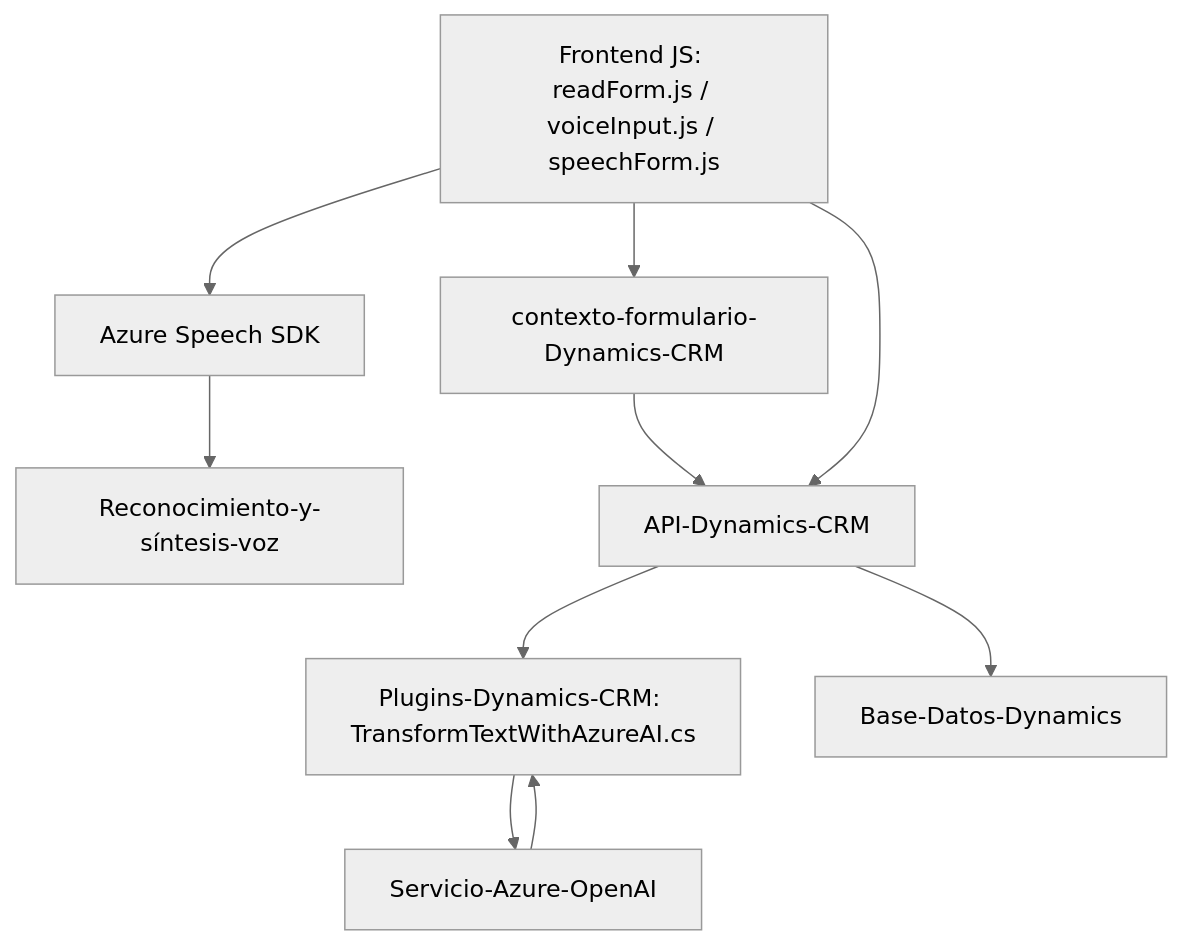
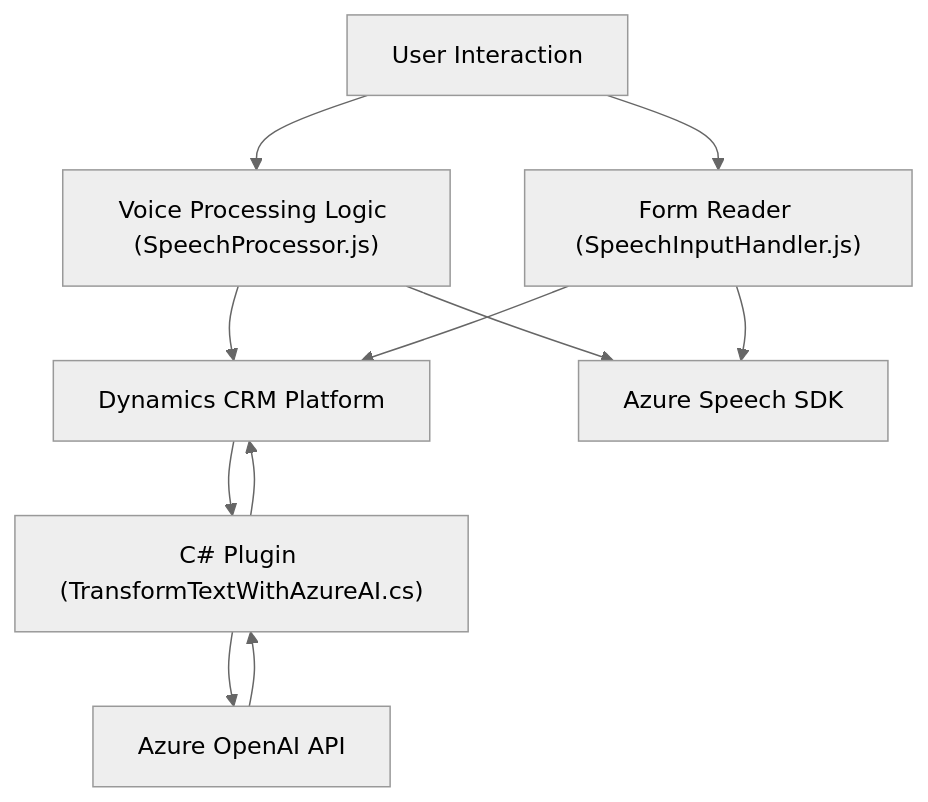
One commit to blopezdm/NETCORE_BILBAO2025 changed the diagram in README.md. Above: the diagram before and after it, drawn with Mermaid (neutral theme). The commit also changed other lines of this file, not shown here.

````diff
--- a/README.md
+++ b/README.md
@@ -54,12 +35,21 @@
 ```mermaid
 graph TD
-  A["Frontend JS: readForm.js / voiceInput.js / speechForm.js"] --> B["Azure Speech SDK"]
-  A --> C["contexto-formulario-Dynamics-CRM"]
-  B --> D["Reconocimiento-y-síntesis-voz"]
-  C --> E["API-Dynamics-CRM"]
-  A --> E
-  E --> F["Plugins-Dynamics-CRM: TransformTextWithAzureAI.cs"]
-  F --> G["Servicio-Azure-OpenAI"]
-  G --> F
-  E --> H["Base-Datos-Dynamics"]
+    VoiceInput["Voice Processing Logic (SpeechProcessor.js)"]
+    FormReader["Form Reader (SpeechInputHandler.js)"]
+    DynamicsCRM["Dynamics CRM Platform"]
+    AzureSpeech["Azure Speech SDK"]
+    AzureOpenAI["Azure OpenAI API"]
+    UserInput["User Interaction"]
+    Plugin["C# Plugin (TransformTextWithAzureAI.cs)"]
+
+    UserInput --> VoiceInput
+    UserInput --> FormReader
+    VoiceInput --> AzureSpeech
+    FormReader --> AzureSpeech
+    VoiceInput --> DynamicsCRM
+    FormReader --> DynamicsCRM
+    DynamicsCRM --> Plugin
+    Plugin --> AzureOpenAI
+    AzureOpenAI --> Plugin
+    Plugin --> DynamicsCRM
 ```
````
